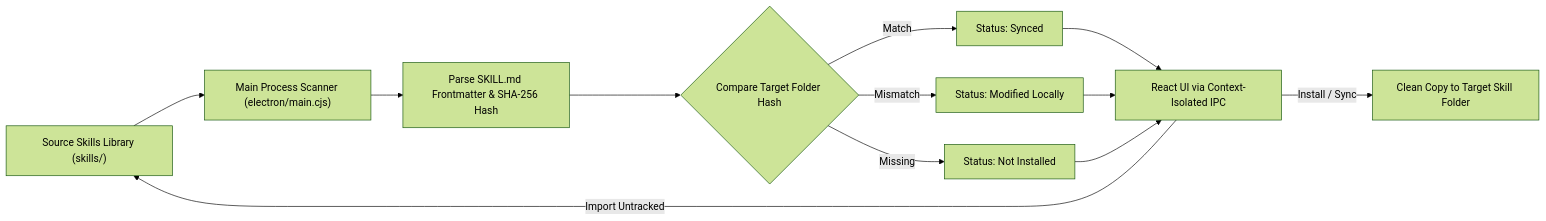
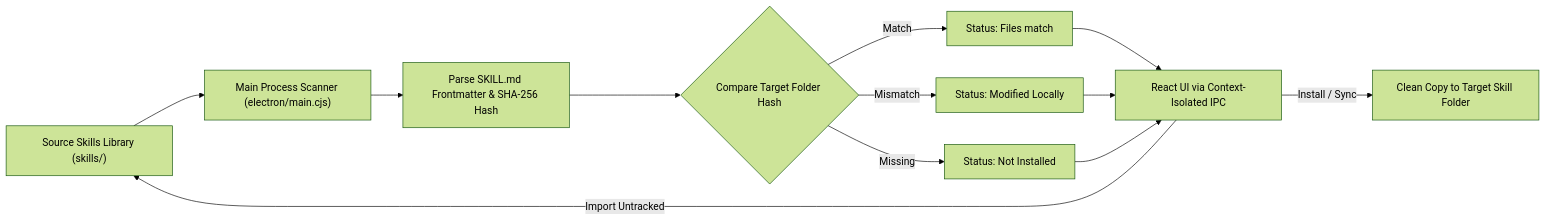
One commit to projectGloria/LLMSkillz changed the diagram in README.md. Above: the diagram before and after it, drawn with Mermaid (forest theme). The commit also changed other lines of this file and 10 other files, not shown here.

````diff
--- a/README.md
+++ b/README.md
@@ -53,12 +53,12 @@
 ```mermaid
 flowchart LR
     A["Source Skills Library (skills/)"] --> B["Main Process Scanner (electron/main.cjs)"]
     B --> C["Parse SKILL.md Frontmatter & SHA-256 Hash"]
     C --> D{"Compare Target Folder Hash"}
-    D -- "Match" --> E["Status: Synced"]
+    D -- "Match" --> E["Status: Files match"]
     D -- "Mismatch" --> F["Status: Modified Locally"]
     D -- "Missing" --> G["Status: Not Installed"]
     E & F & G --> H["React UI via Context-Isolated IPC"]
     H -- "Install / Sync" --> I["Clean Copy to Target Skill Folder"]
     H -- "Import Untracked" --> A
 ```
````
